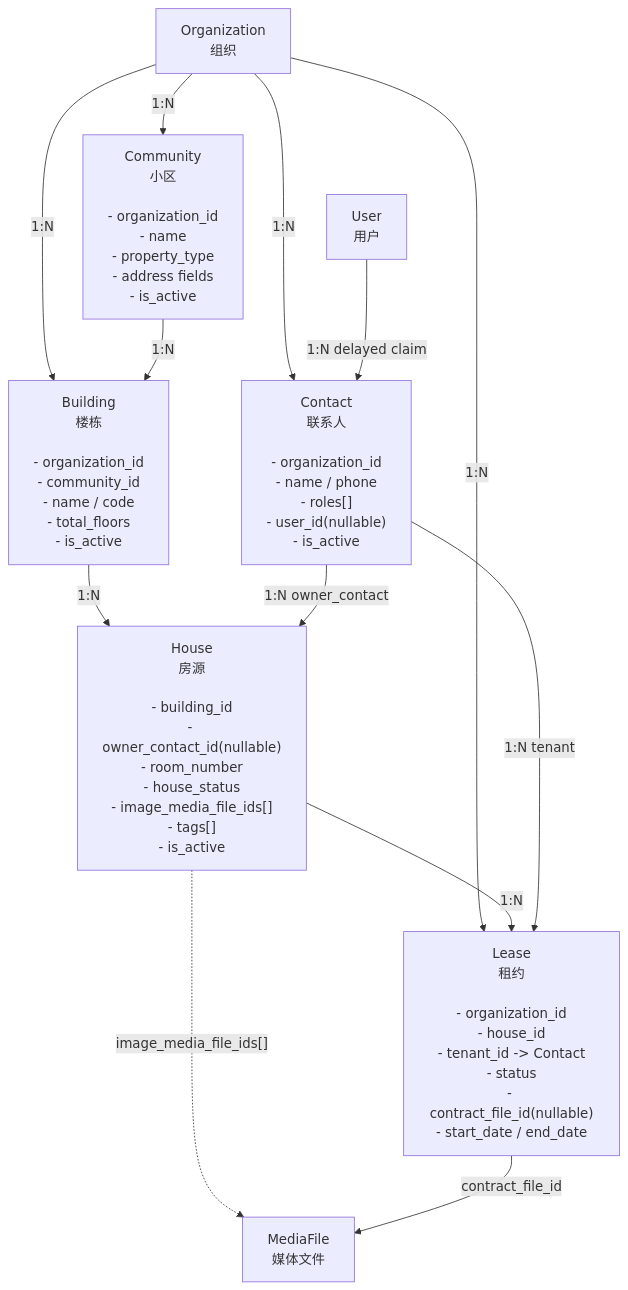
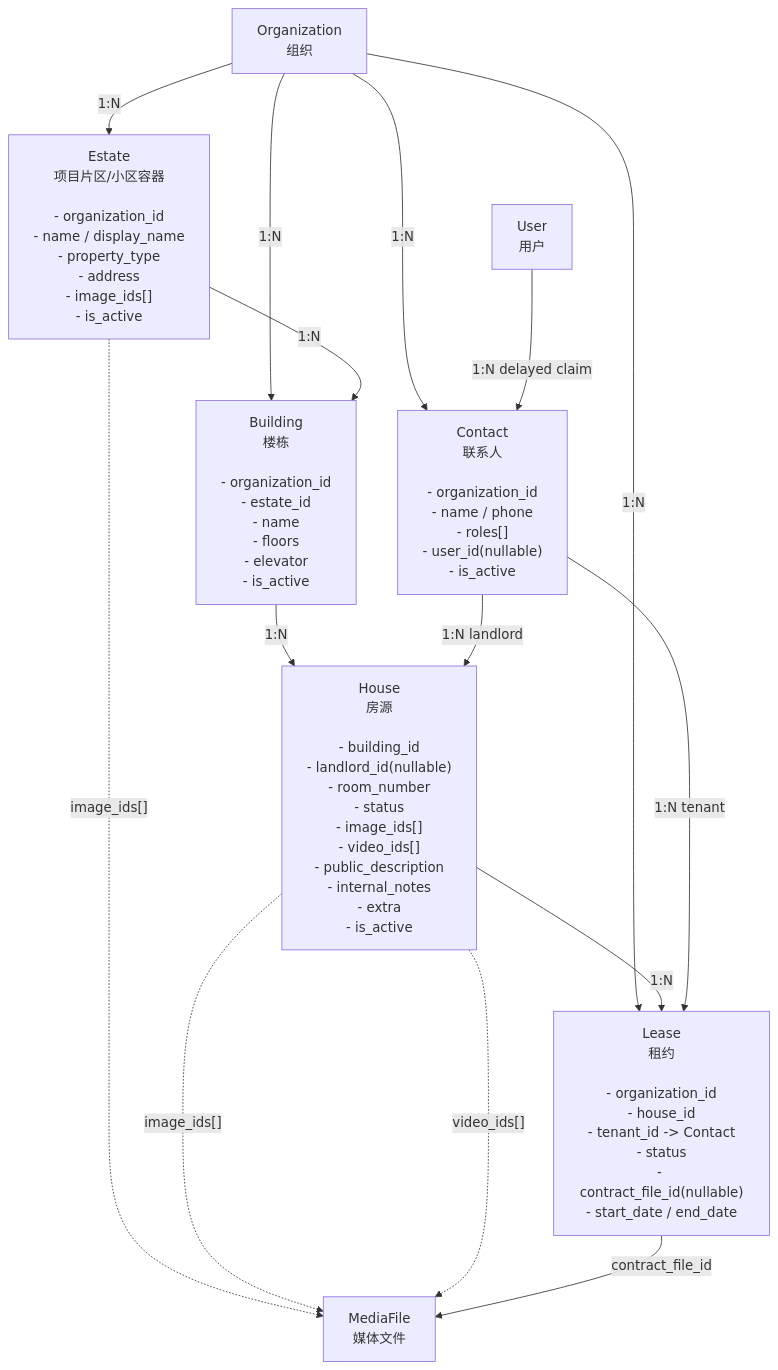
Before and after one commit to ol0o0lo/linkcloud-space: the fourth of 6 diagrams in openspec/changes/property-rental-management/design.md, drawn with Mermaid. The commit also changed other lines of this file and 7 other files, not shown here.

````diff
--- a/openspec/changes/property-rental-management/design.md
+++ b/openspec/changes/property-rental-management/design.md
@@ -51,26 +301,28 @@
 ```mermaid
 flowchart TD
     org["Organization<br/>组织"]
     user["User<br/>用户"]
     media["MediaFile<br/>媒体文件"]
 
-    community["Community<br/>小区<br/><br/>- organization_id<br/>- name<br/>- property_type<br/>- address fields<br/>- is_active"]
-    building["Building<br/>楼栋<br/><br/>- organization_id<br/>- community_id<br/>- name / code<br/>- total_floors<br/>- is_active"]
-    house["House<br/>房源<br/><br/>- building_id<br/>- owner_contact_id(nullable)<br/>- room_number<br/>- house_status<br/>- image_media_file_ids[]<br/>- tags[]<br/>- is_active"]
+    estate["Estate<br/>项目片区/小区容器<br/><br/>- organization_id<br/>- name / display_name<br/>- property_type<br/>- address<br/>- image_ids[]<br/>- is_active"]
+    building["Building<br/>楼栋<br/><br/>- organization_id<br/>- estate_id<br/>- name<br/>- floors<br/>- elevator<br/>- is_active"]
+    house["House<br/>房源<br/><br/>- building_id<br/>- landlord_id(nullable)<br/>- room_number<br/>- status<br/>- image_ids[]<br/>- video_ids[]<br/>- public_description<br/>- internal_notes<br/>- extra<br/>- is_active"]
     contact["Contact<br/>联系人<br/><br/>- organization_id<br/>- name / phone<br/>- roles[]<br/>- user_id(nullable)<br/>- is_active"]
     lease["Lease<br/>租约<br/><br/>- organization_id<br/>- house_id<br/>- tenant_id -> Contact<br/>- status<br/>- contract_file_id(nullable)<br/>- start_date / end_date"]
 
-    org -->|"1:N"| community
+    org -->|"1:N"| estate
     org -->|"1:N"| building
     org -->|"1:N"| contact
     org -->|"1:N"| lease
 
-    community -->|"1:N"| building
+    estate -->|"1:N"| building
     building -->|"1:N"| house
-    contact -->|"1:N owner_contact"| house
+    contact -->|"1:N landlord"| house
     house -->|"1:N"| lease
     contact -->|"1:N tenant"| lease
     user -->|"1:N delayed claim"| contact
-    house -.->|"image_media_file_ids[]"| media
+    estate -.->|"image_ids[]"| media
+    house -.->|"image_ids[]"| media
+    house -.->|"video_ids[]"| media
     lease -->|"contract_file_id"| media
 ```
````
